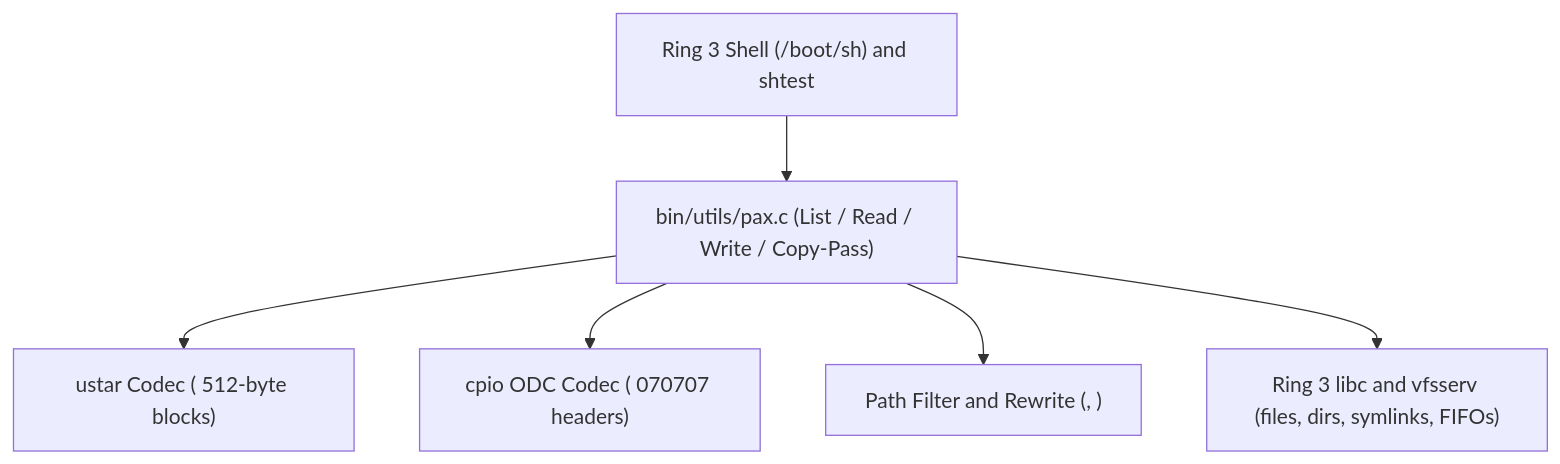
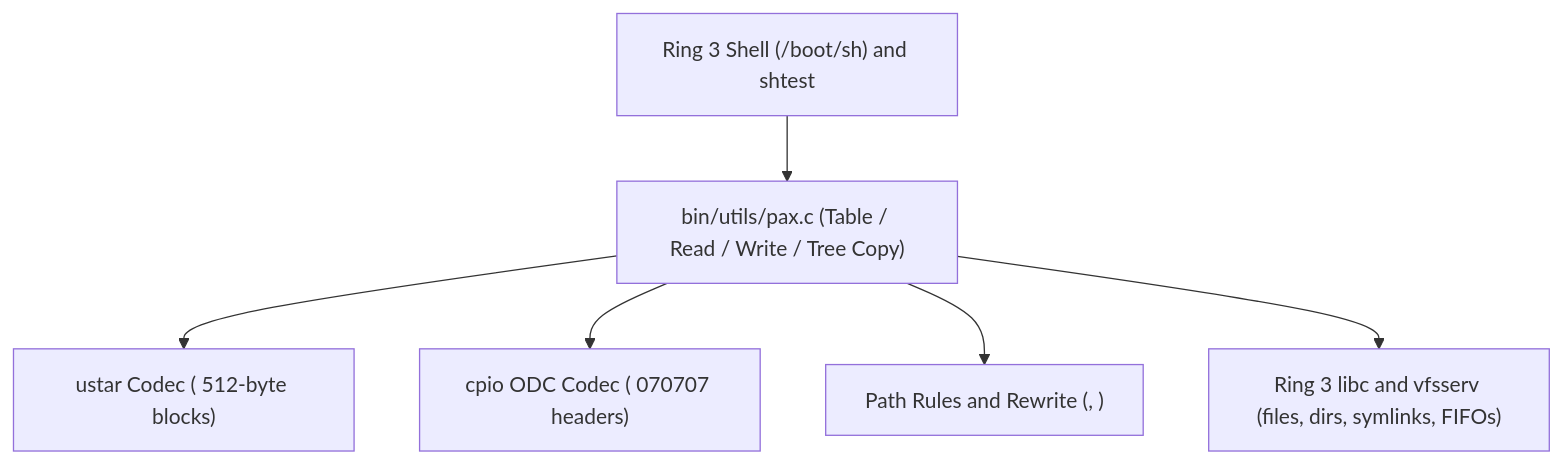
The diagram in docs/30-architecture/adr/ADR_0046.md (Deniz-Eren/microkernel), drawn with Mermaid before and after one commit. The commit also changed other lines of this file and 151 other files, not shown here.

````diff
--- a/docs/30-architecture/adr/ADR_0046.md
+++ b/docs/30-architecture/adr/ADR_0046.md
@@ -20,15 +20,15 @@
 ```mermaid
 flowchart TD
     SH["Ring 3 Shell (/boot/sh) and shtest"]
-    PAX["bin/utils/pax.c (List / Read / Write / Copy-Pass)"]
+    PAX["bin/utils/pax.c (Table / Read / Write / Tree Copy)"]
     USTAR["ustar Codec (<tar.h> 512-byte blocks)"]
     CPIO["cpio ODC Codec (<cpio.h> 070707 headers)"]
-    REGEX["Path Filter and Rewrite (<fnmatch.h>, <regex.h>)"]
+    REGEX["Path Rules and Rewrite (<fnmatch.h>, <regex.h>)"]
     VFS["Ring 3 libc and vfsserv (files, dirs, symlinks, FIFOs)"]
 
     SH --> PAX
     PAX --> USTAR
     PAX --> CPIO
     PAX --> REGEX
     PAX --> VFS
 ```
````
